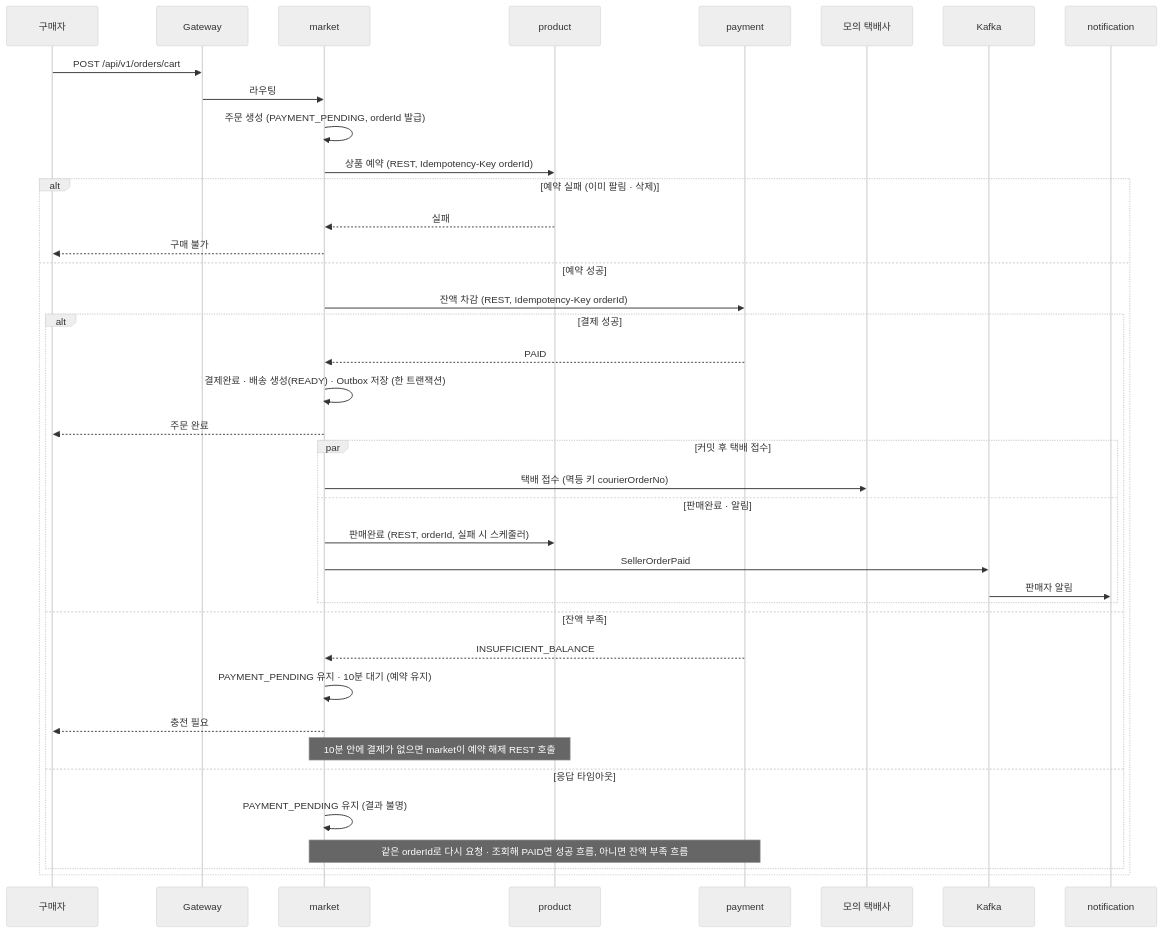
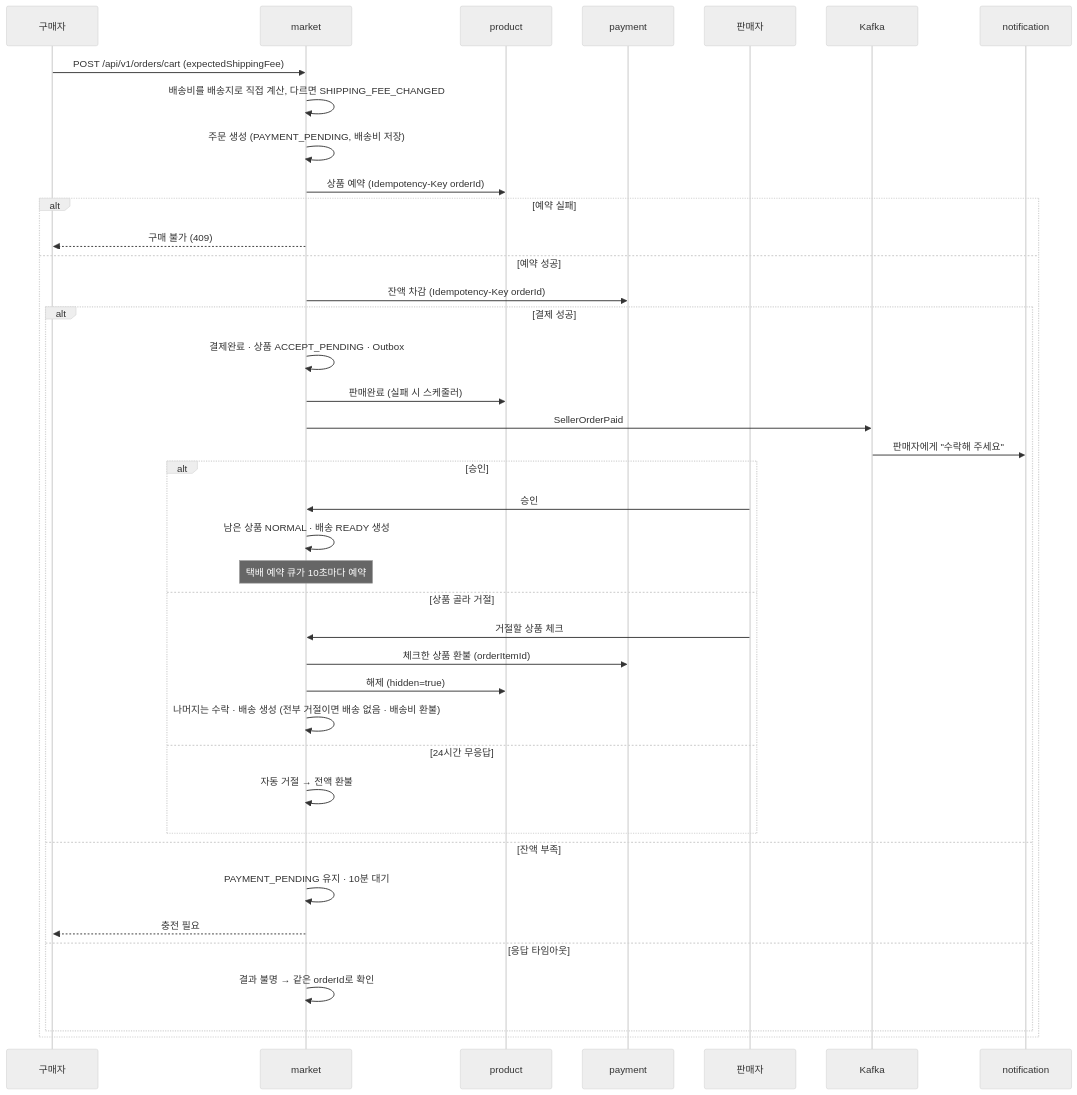
One commit to prgrms-be-adv-devcourse/beadv8_8_JustCommit_BE changed the diagram in docs/flows/order-payment.md. Above: the diagram before and after it, drawn with Mermaid (neutral theme). The commit also changed other lines of this file and 41 other files, not shown here.

````diff
--- a/docs/flows/order-payment.md
+++ b/docs/flows/order-payment.md
@@ -10,41 +10,42 @@
 ```mermaid
 sequenceDiagram
     participant U as 구매자
-    participant GW as Gateway
     participant M as market
     participant PR as product
     participant P as payment
-    participant C as 모의 택배사
+    participant SL as 판매자
     participant K as Kafka
     participant N as notification
-    U->>GW: POST /api/v1/orders/cart
-    GW->>M: 라우팅
-    M->>M: 주문 생성 (PAYMENT_PENDING, orderId 발급)
-    M->>PR: 상품 예약 (REST, Idempotency-Key orderId)
-    alt 예약 실패 (이미 팔림 · 삭제)
-        PR-->>M: 실패
-        M-->>U: 구매 불가
+    U->>M: POST /api/v1/orders/cart (expectedShippingFee)
+    M->>M: 배송비를 배송지로 직접 계산, 다르면 SHIPPING_FEE_CHANGED
+    M->>M: 주문 생성 (PAYMENT_PENDING, 배송비 저장)
+    M->>PR: 상품 예약 (Idempotency-Key orderId)
+    alt 예약 실패
+        M-->>U: 구매 불가 (409)
     else 예약 성공
-        M->>P: 잔액 차감 (REST, Idempotency-Key orderId)
+        M->>P: 잔액 차감 (Idempotency-Key orderId)
         alt 결제 성공
-            P-->>M: PAID
-            M->>M: 결제완료 · 배송 생성(READY) · Outbox 저장 (한 트랜잭션)
-            M-->>U: 주문 완료
-            par 커밋 후 택배 접수
-                M->>C: 택배 접수 (멱등 키 courierOrderNo)
-            and 판매완료 · 알림
-                M->>PR: 판매완료 (REST, orderId, 실패 시 스케줄러)
-                M->>K: SellerOrderPaid
-                K->>N: 판매자 알림
+            M->>M: 결제완료 · 상품 ACCEPT_PENDING · Outbox
+            M->>PR: 판매완료 (실패 시 스케줄러)
+            M->>K: SellerOrderPaid
+            K->>N: 판매자에게 "수락해 주세요"
+            alt 승인
+                SL->>M: 승인
+                M->>M: 남은 상품 NORMAL · 배송 READY 생성
+                Note over M: 택배 예약 큐가 10초마다 예약
+            else 상품 골라 거절
+                SL->>M: 거절할 상품 체크
+                M->>P: 체크한 상품 환불 (orderItemId)
+                M->>PR: 해제 (hidden=true)
+                M->>M: 나머지는 수락 · 배송 생성 (전부 거절이면 배송 없음 · 배송비 환불)
+            else 24시간 무응답
+                M->>M: 자동 거절 → 전액 환불
             end
         else 잔액 부족
-            P-->>M: INSUFFICIENT_BALANCE
-            M->>M: PAYMENT_PENDING 유지 · 10분 대기 (예약 유지)
+            M->>M: PAYMENT_PENDING 유지 · 10분 대기
             M-->>U: 충전 필요
-            Note over M,PR: 10분 안에 결제가 없으면 market이 예약 해제 REST 호출
         else 응답 타임아웃
-            M->>M: PAYMENT_PENDING 유지 (결과 불명)
-            Note over M,P: 같은 orderId로 다시 요청 · 조회해 PAID면 성공 흐름, 아니면 잔액 부족 흐름
+            M->>M: 결과 불명 → 같은 orderId로 확인
         end
     end
 ```
````
